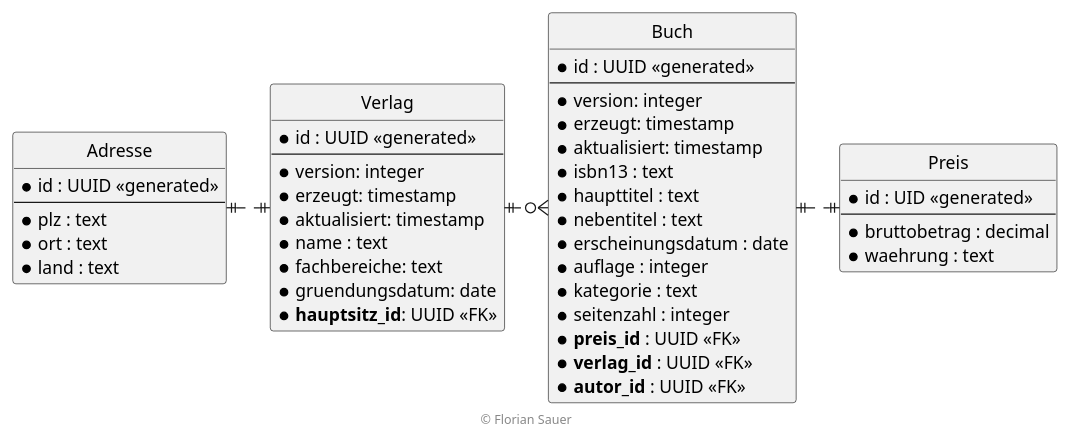
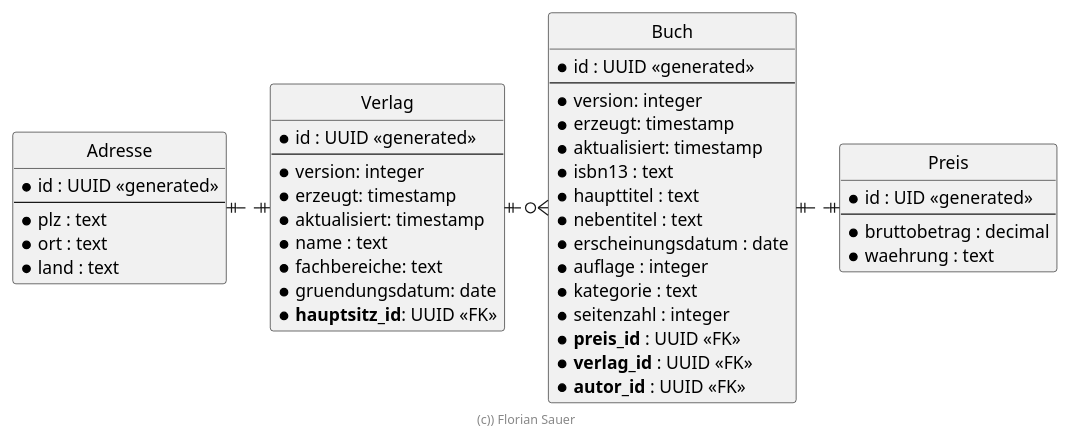
One commit to flomanuel/Software_Architecture_Course_Verlag changed the diagram in extras/doc/er-diagramm.plantuml. Above: the diagram before and after it, drawn with PlantUML. The commit also changed other lines of this file and 8 other files, not shown here.

First line of the commit message:
PlantUML: add file for entities, Services, finish ER-Diagramm- and Controller-Files

```diff
--- a/extras/doc/er-diagramm.plantuml
+++ b/extras/doc/er-diagramm.plantuml
@@ -15,60 +19,60 @@
 @startuml ER Diagramm
 
 ' hide the spot
 hide circle
 
 ' evtl. Prbleme mit Kraehenfuessen vermeiden
 skinparam linetype ortho
 
 entity "Adresse" {
   * id : UUID <<generated>>
   --
   * plz : text
   * ort : text
   * land : text
 }
 
 entity "Verlag" {
   * id : UUID <<generated>>
   --
   * version: integer
   * erzeugt: timestamp
   * aktualisiert: timestamp
   * name : text
   * fachbereiche: text
   * gruendungsdatum: date
   * **hauptsitz_id**: UUID <<FK>>
 }
 
 entity "Buch" {
   * id : UUID <<generated>>
   --
   * version: integer
   * erzeugt: timestamp
   * aktualisiert: timestamp
   * isbn13 : text
   * haupttitel : text
   * nebentitel : text
   * erscheinungsdatum : date
   * auflage : integer
   * kategorie : text
   * seitenzahl : integer
   * **preis_id** : UUID <<FK>>
   * **verlag_id** : UUID <<FK>>
   * **autor_id** : UUID <<FK>>
 }
 
 entity "Preis" {
   * id : UID <<generated>>
   --
   * bruttobetrag : decimal
   * waehrung : text
 }
 
 Verlag ||.left.|| Adresse
 Verlag ||.right.o{ Buch
 Buch ||.right.|| Preis
 
-footer © Florian Sauer
+footer (c)) Florian Sauer
 
 @enduml
```
